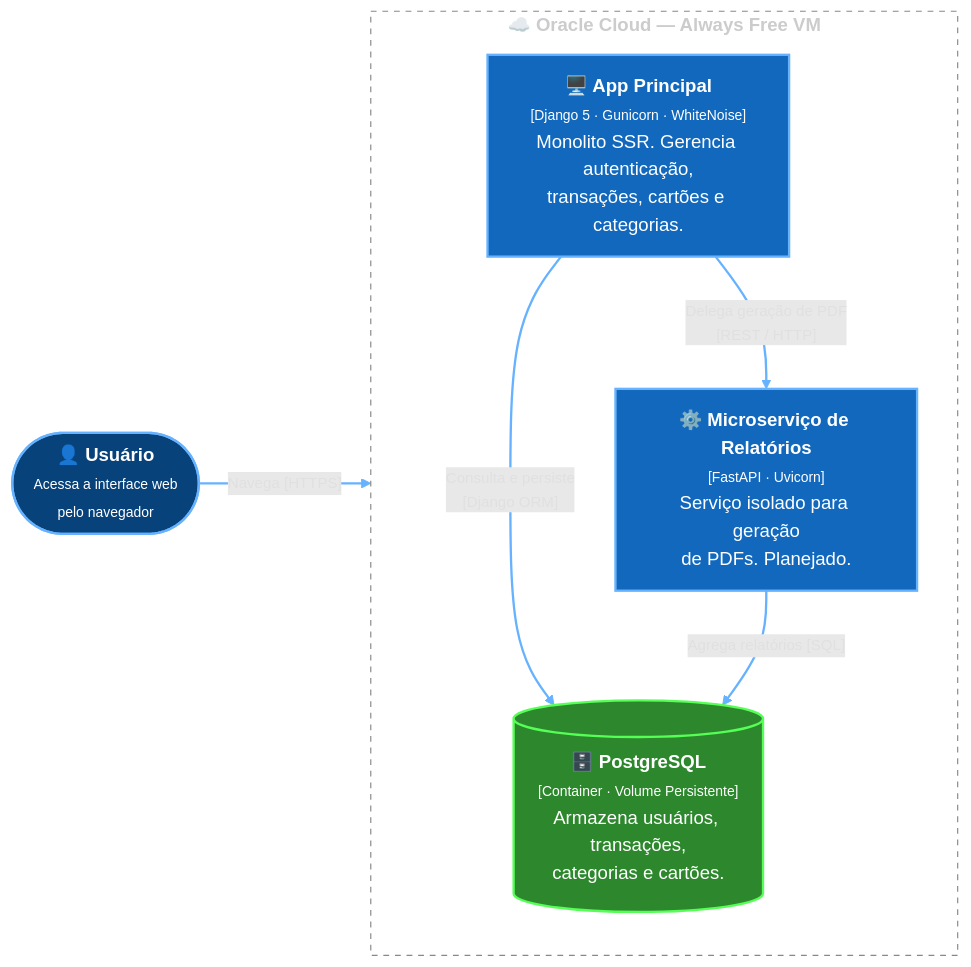
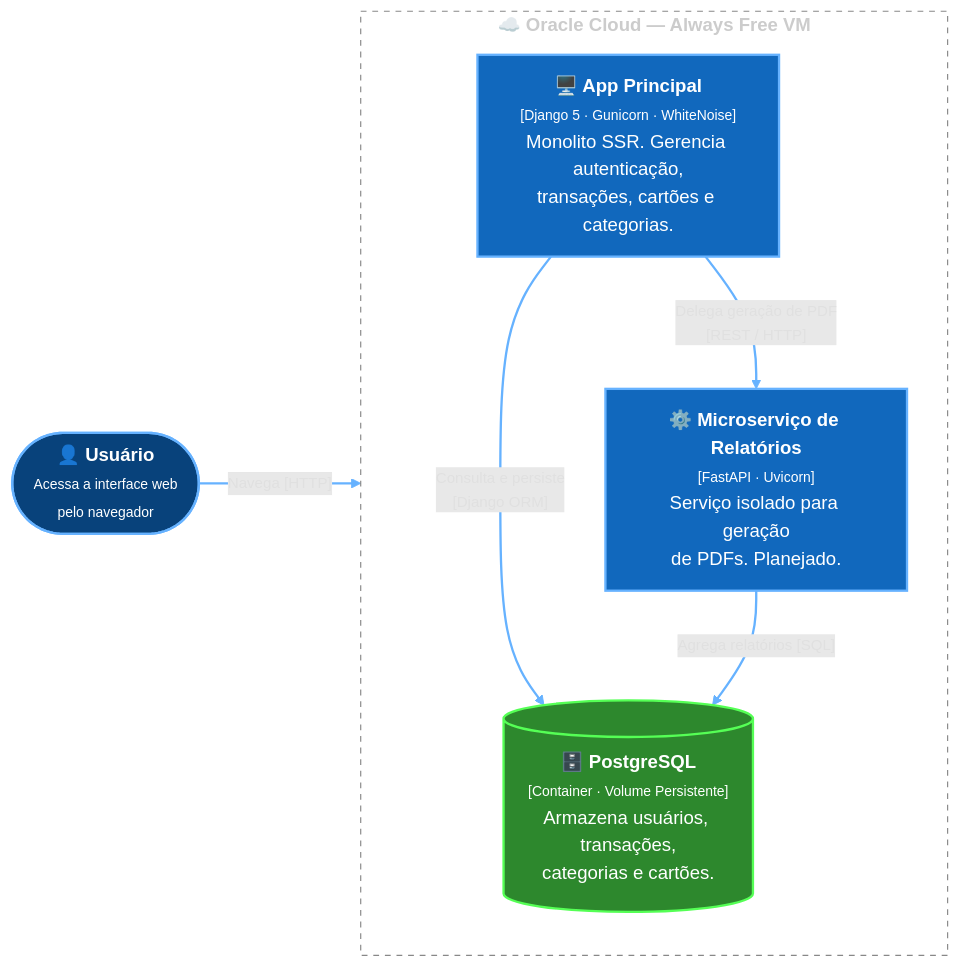
The second of 4 diagrams in README.md (migueldufloth/ordo-finance), drawn with Mermaid (forest theme) before and after one commit. The commit also changed other lines of this file and 3 other files, not shown here.

````diff
--- a/README.md
+++ b/README.md
@@ -39,24 +39,24 @@
 ```mermaid
 flowchart LR
     classDef person fill:#08427B,stroke:#66B2FF,stroke-width:2px,color:#fff;
     classDef container fill:#1168BD,stroke:#66B2FF,stroke-width:2px,color:#fff;
     classDef db fill:#2D882D,stroke:#55FF55,stroke-width:2px,color:#fff;
     classDef boundary fill:transparent,stroke:#888,stroke-dasharray: 5 5,color:#ccc,font-weight:bold;
 
     User(["<b>👤 Usuário</b><br/><span style='font-size:12px; color:#ddd'>Acessa a interface web<br/>pelo navegador</span>"]):::person
 
     subgraph Oracle ["☁️ Oracle Cloud — Always Free VM"]
         direction TB
         Web["<b>🖥️ App Principal</b><br/><span style='font-size:12px; color:#99CCFF'>[Django 5 · Gunicorn · WhiteNoise]</span><br/><span style='font-size:12px; color:#ddd'>Monolito SSR. Gerencia autenticação,<br/>transações, cartões e categorias.</span>"]:::container
         API["<b>⚙️ Microserviço de Relatórios</b><br/><span style='font-size:12px; color:#99CCFF'>[FastAPI · Uvicorn]</span><br/><span style='font-size:12px; color:#ddd'>Serviço isolado para geração<br/>de PDFs. Planejado.</span>"]:::container
         DB[("<b>🗄️ PostgreSQL</b><br/><span style='font-size:12px; color:#99CCFF'>[Container · Volume Persistente]</span><br/><span style='font-size:12px; color:#ddd'>Armazena usuários, transações,<br/>categorias e cartões.</span>")]:::db
         Web -- "Delega geração de PDF<br/>[REST / HTTP]" --> API
         Web -- "Consulta e persiste<br/>[Django ORM]" --> DB
         API -- "Agrega relatórios [SQL]" --> DB
     end
     class Oracle boundary;
 
-    User -- "Navega [HTTPS]" --> Web
+    User -- "Navega [HTTP]" --> Web
 
     linkStyle default stroke:#66B2FF,stroke-width:2px,color:#E0E0E0,font-size:13px;
 ```
````
